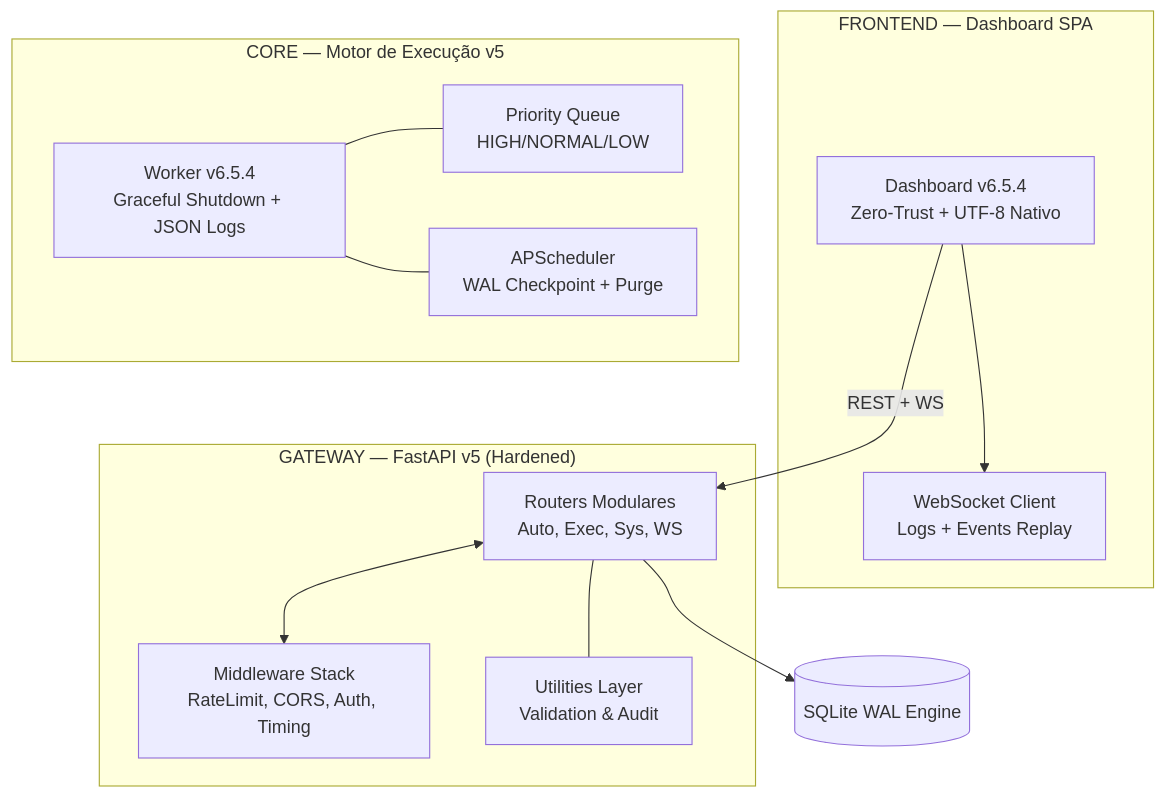
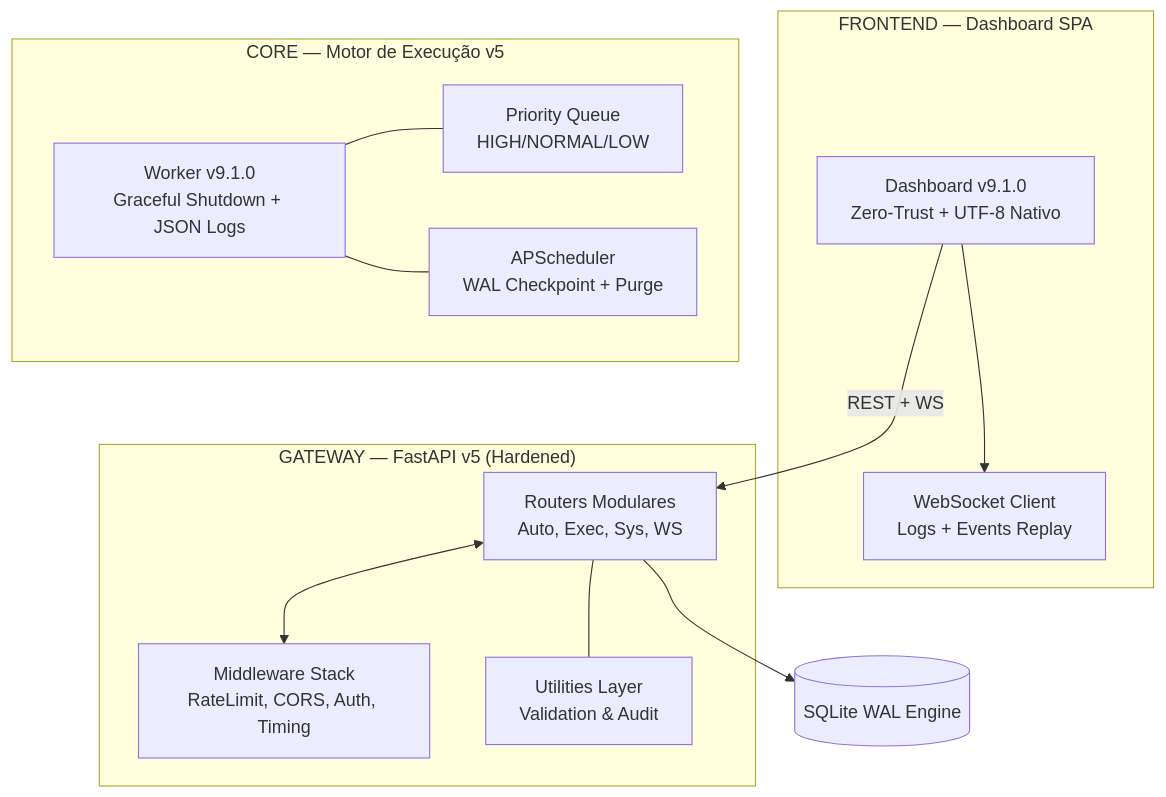
The diagram in README.md (GabrielDiasNN/Automacoes-CR), drawn with Mermaid before and after one commit. The commit also changed other lines of this file and 7 other files, not shown here.

````diff
--- a/README.md
+++ b/README.md
@@ -7,27 +7,27 @@
 ```mermaid
 graph TD
     subgraph "FRONTEND — Dashboard SPA"
-        UI["Dashboard v6.5.4<br/>Zero-Trust + UTF-8 Nativo"]
+        UI["Dashboard v9.1.0<br/>Zero-Trust + UTF-8 Nativo"]
         WS_CLIENT["WebSocket Client<br/>Logs + Events Replay"]
         UI --> WS_CLIENT
     end
 
     subgraph "GATEWAY — FastAPI v5 (Hardened)"
         ROUTERS["Routers Modulares<br/>Auto, Exec, Sys, WS"]
         MIDDLEWARE["Middleware Stack<br/>RateLimit, CORS, Auth, Timing"]
         UTILS["Utilities Layer<br/>Validation & Audit"]
         ROUTERS <--> MIDDLEWARE
         ROUTERS --- UTILS
     end
 
     subgraph "CORE — Motor de Execução v5"
-        WORKER["Worker v6.5.4<br/>Graceful Shutdown + JSON Logs"]
+        WORKER["Worker v9.1.0<br/>Graceful Shutdown + JSON Logs"]
         PRIORITY["Priority Queue<br/>HIGH/NORMAL/LOW"]
         SCHEDULER["APScheduler<br/>WAL Checkpoint + Purge"]
         WORKER --- PRIORITY
         WORKER --- SCHEDULER
     end
 
     UI -->|REST + WS| ROUTERS
     ROUTERS --> DB[(SQLite WAL Engine)]
 ```
````
